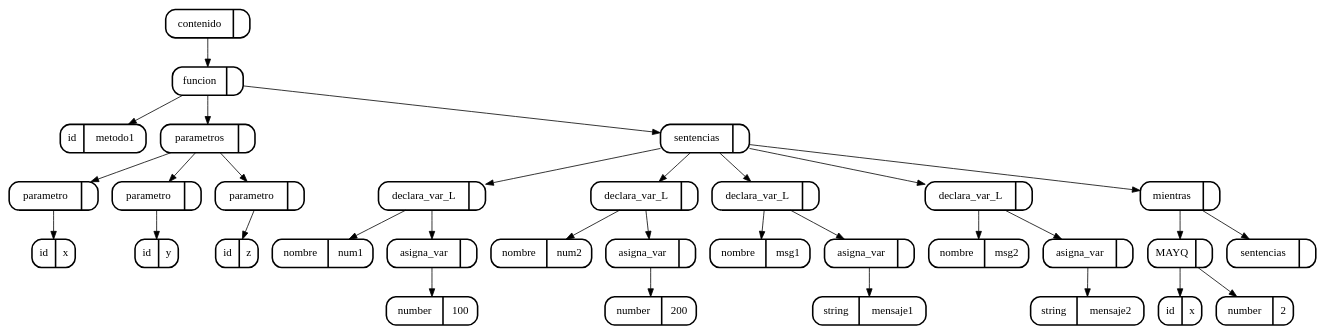
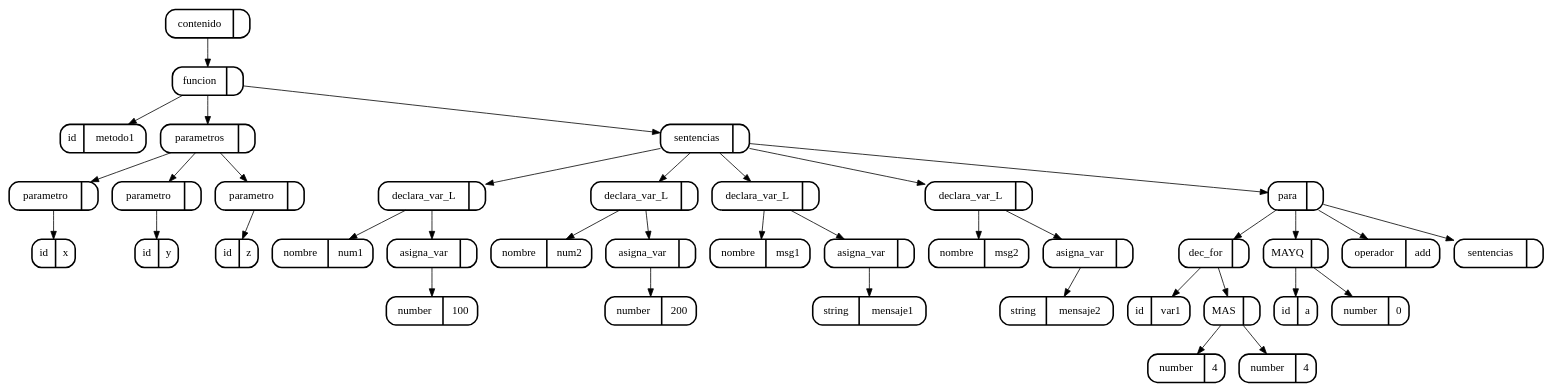
Before and after one commit to skrillfer/1s2018_CMP2P1: the diagram in USAC_WEB/Imagenes/arbol_cjs.dot, drawn with Graphviz. The commit also changed 4 other files, not shown here.

```diff
--- a/USAC_WEB/Imagenes/arbol_cjs.dot
+++ b/USAC_WEB/Imagenes/arbol_cjs.dot
@@ -1,67 +1,79 @@
 digraph G {
 node[shape=Mrecord]
-32[label="contenido | ",style=bold]
-30[label="funcion | ",style=bold]
-{32}->{30}
-31[label="id | metodo1",style=bold]
-{30}->{31}
+38[label="contenido | ",style=bold]
+36[label="funcion | ",style=bold]
+{38}->{36}
+37[label="id | metodo1",style=bold]
+{36}->{37}
 1[label="parametros | ",style=bold]
-{30}->{1}
+{36}->{1}
 2[label="parametro | ",style=bold]
 {1}->{2}
 3[label="id | x",style=bold]
 {2}->{3}
 4[label="parametro | ",style=bold]
 {1}->{4}
 5[label="id | y",style=bold]
 {4}->{5}
 6[label="parametro | ",style=bold]
 {1}->{6}
 7[label="id | z",style=bold]
 {6}->{7}
 12[label="sentencias | ",style=bold]
-{30}->{12}
+{36}->{12}
 10[label="declara_var_L | ",style=bold]
 {12}->{10}
 11[label="nombre | num1",style=bold]
 {10}->{11}
 9[label="asigna_var | ",style=bold]
 {10}->{9}
 8[label="number | 100",style=bold]
 {9}->{8}
 15[label="declara_var_L | ",style=bold]
 {12}->{15}
 16[label="nombre | num2",style=bold]
 {15}->{16}
 14[label="asigna_var | ",style=bold]
 {15}->{14}
 13[label="number | 200",style=bold]
 {14}->{13}
 19[label="declara_var_L | ",style=bold]
 {12}->{19}
 20[label="nombre | msg1",style=bold]
 {19}->{20}
 18[label="asigna_var | ",style=bold]
 {19}->{18}
 17[label="string |  mensaje1",style=bold]
 {18}->{17}
 23[label="declara_var_L | ",style=bold]
 {12}->{23}
 24[label="nombre | msg2",style=bold]
 {23}->{24}
 22[label="asigna_var | ",style=bold]
 {23}->{22}
 21[label="string |  mensaje2",style=bold]
 {22}->{21}
-29[label="mientras | ",style=bold]
-{12}->{29}
-27[label="MAYQ | ",style=bold]
-{29}->{27}
-25[label="id | x",style=bold]
+35[label="para | ",style=bold]
+{12}->{35}
+28[label="dec_for | ",style=bold]
+{35}->{28}
+29[label="id | var1",style=bold]
+{28}->{29}
+27[label="MAS | ",style=bold]
+{28}->{27}
+25[label="number | 4",style=bold]
 {27}->{25}
-26[label="number | 2",style=bold]
+26[label="number | 4",style=bold]
 {27}->{26}
-28[label="sentencias | ",style=bold]
-{29}->{28}
+32[label="MAYQ | ",style=bold]
+{35}->{32}
+30[label="id | a",style=bold]
+{32}->{30}
+31[label="number | 0",style=bold]
+{32}->{31}
+33[label="operador | add",style=bold]
+{35}->{33}
+34[label="sentencias | ",style=bold]
+{35}->{34}
 
 }
```
